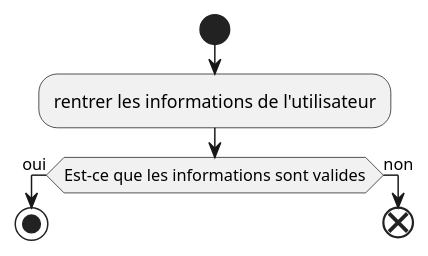
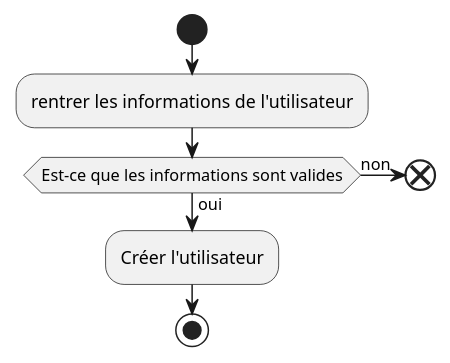
One commit to MainKarl/Rooftop changed the diagram in Doolys/1_Analyse/UseCases/UC02.md. Above: the diagram before and after it, drawn with PlantUML. The commit also changed 11 other files, not shown here.

````diff
--- a/Doolys/1_Analyse/UseCases/UC02.md
+++ b/Doolys/1_Analyse/UseCases/UC02.md
@@ -18,8 +18,9 @@
 ```plantuml
 start
 :rentrer les informations de l'utilisateur;
 if (Est-ce que les informations sont valides) then (oui)
+    :Créer l'utilisateur;
     stop
 else (non)
     end
 ```
````
